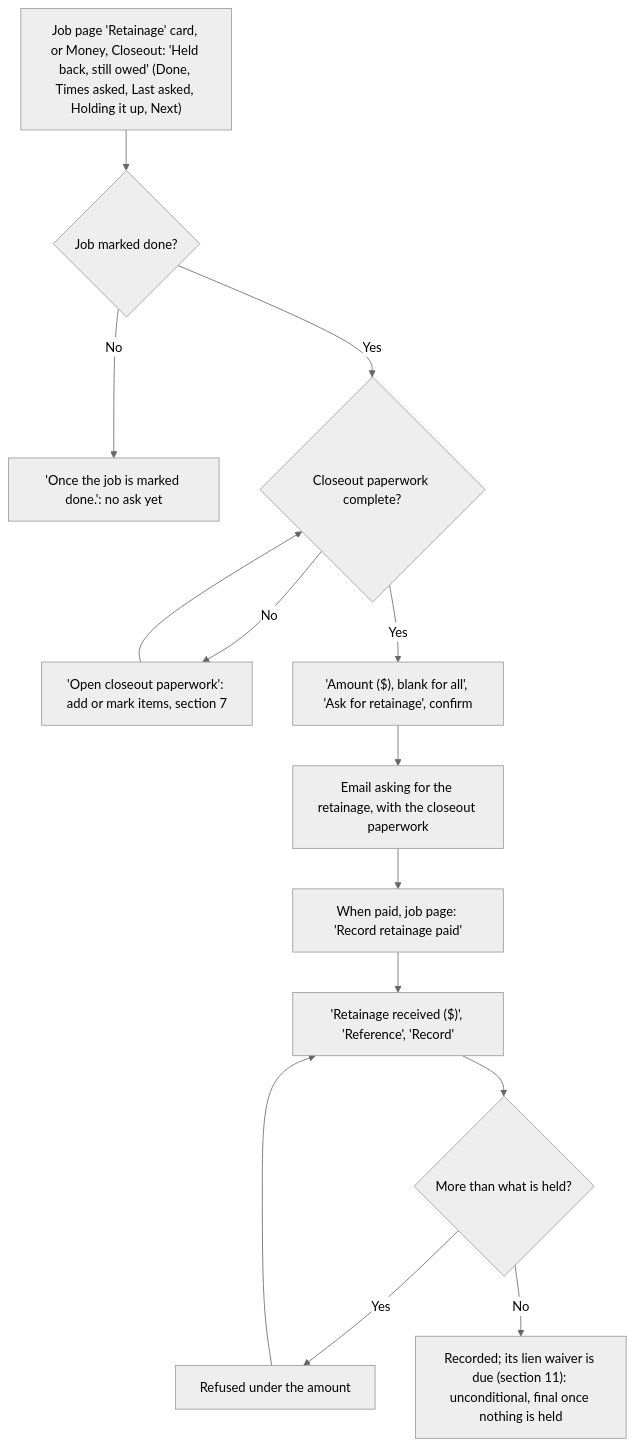
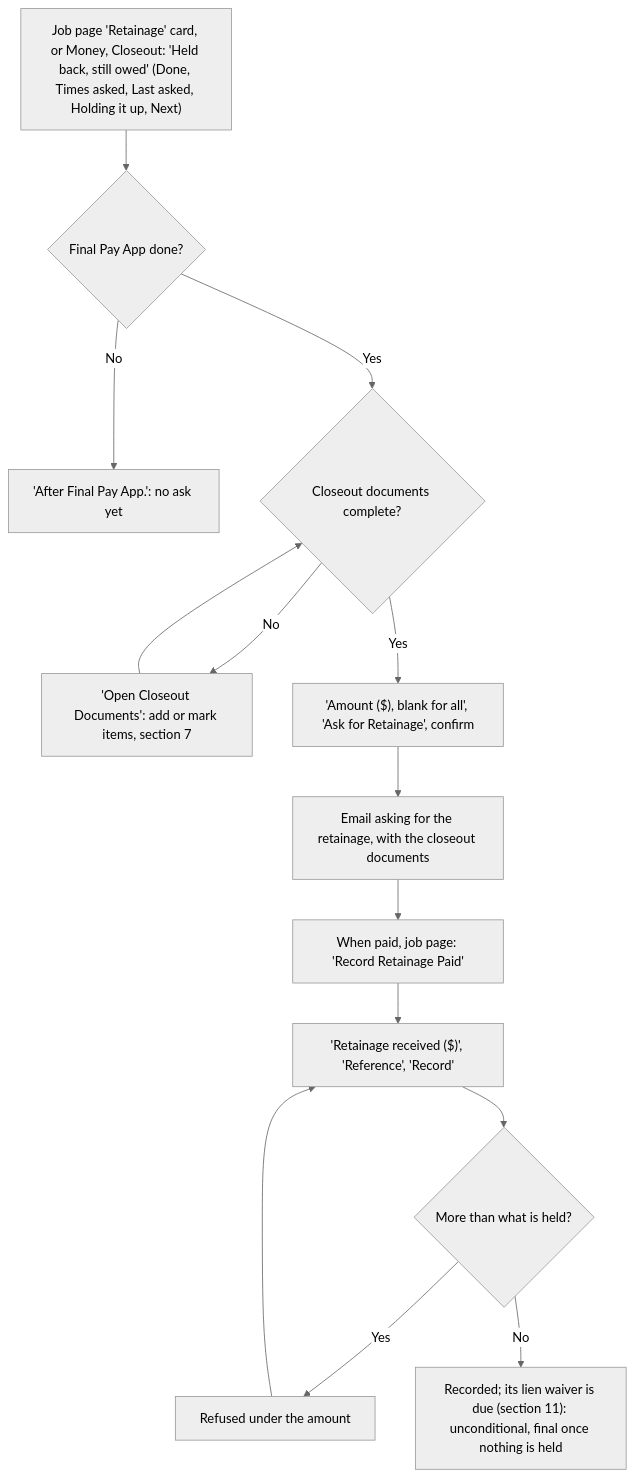
Before and after one commit to cartwrightstephen/billdable: diagram 12 of 18 in docs/client-flows.md, drawn with Mermaid (neutral theme). The commit also changed other lines of this file and 2 other files, not shown here.

First line of the commit message:
Docs brought up to the Nov 3 overhaul: flows, README, manual test

````diff
--- a/docs/client-flows.md
+++ b/docs/client-flows.md
@@ -475,16 +546,16 @@
 ```mermaid
 flowchart TD
-    A["Job page 'Retainage' card, or Money, Closeout: 'Held back, still owed' (Done, Times asked, Last asked, Holding it up, Next)"] --> B{"Job marked done?"}
-    B -->|"No"| C["'Once the job is marked done.': no ask yet"]
-    B -->|"Yes"| D{"Closeout paperwork complete?"}
-    D -->|"No"| E["'Open closeout paperwork': add or mark items, section 7"]
+    A["Job page 'Retainage' card, or Money, Closeout: 'Held back, still owed' (Done, Times asked, Last asked, Holding it up, Next)"] --> B{"Final Pay App done?"}
+    B -->|"No"| C["'After Final Pay App.': no ask yet"]
+    B -->|"Yes"| D{"Closeout documents complete?"}
+    D -->|"No"| E["'Open Closeout Documents': add or mark items, section 7"]
     E --> D
-    D -->|"Yes"| F["'Amount ($), blank for all', 'Ask for retainage', confirm"]
-    F --> G["Email asking for the retainage, with the closeout paperwork"]
-    G --> J["When paid, job page: 'Record retainage paid'"]
+    D -->|"Yes"| F["'Amount ($), blank for all', 'Ask for Retainage', confirm"]
+    F --> G["Email asking for the retainage, with the closeout documents"]
+    G --> J["When paid, job page: 'Record Retainage Paid'"]
     J --> K["'Retainage received ($)', 'Reference', 'Record'"]
     K --> L{"More than what is held?"}
     L -->|"Yes"| M["Refused under the amount"]
     M --> K
     L -->|"No"| N["Recorded; its lien waiver is due (section 11): unconditional, final once nothing is held"]
 ```
````
